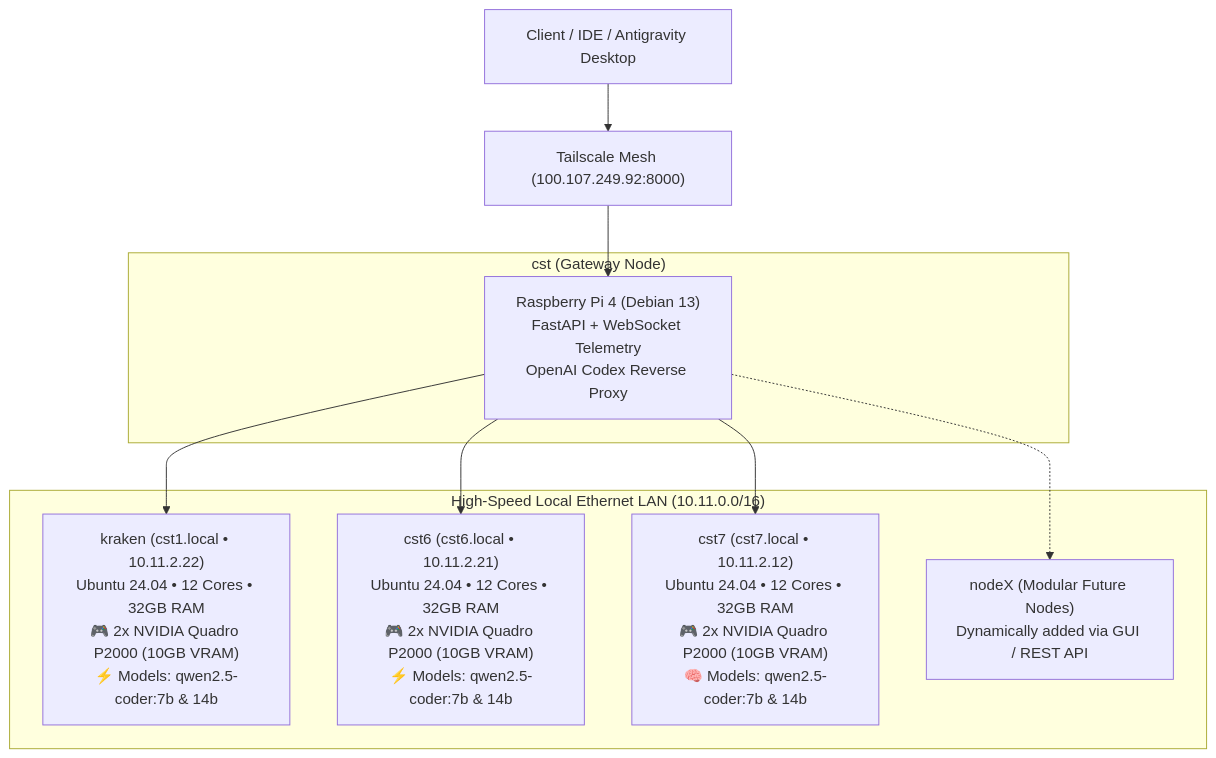
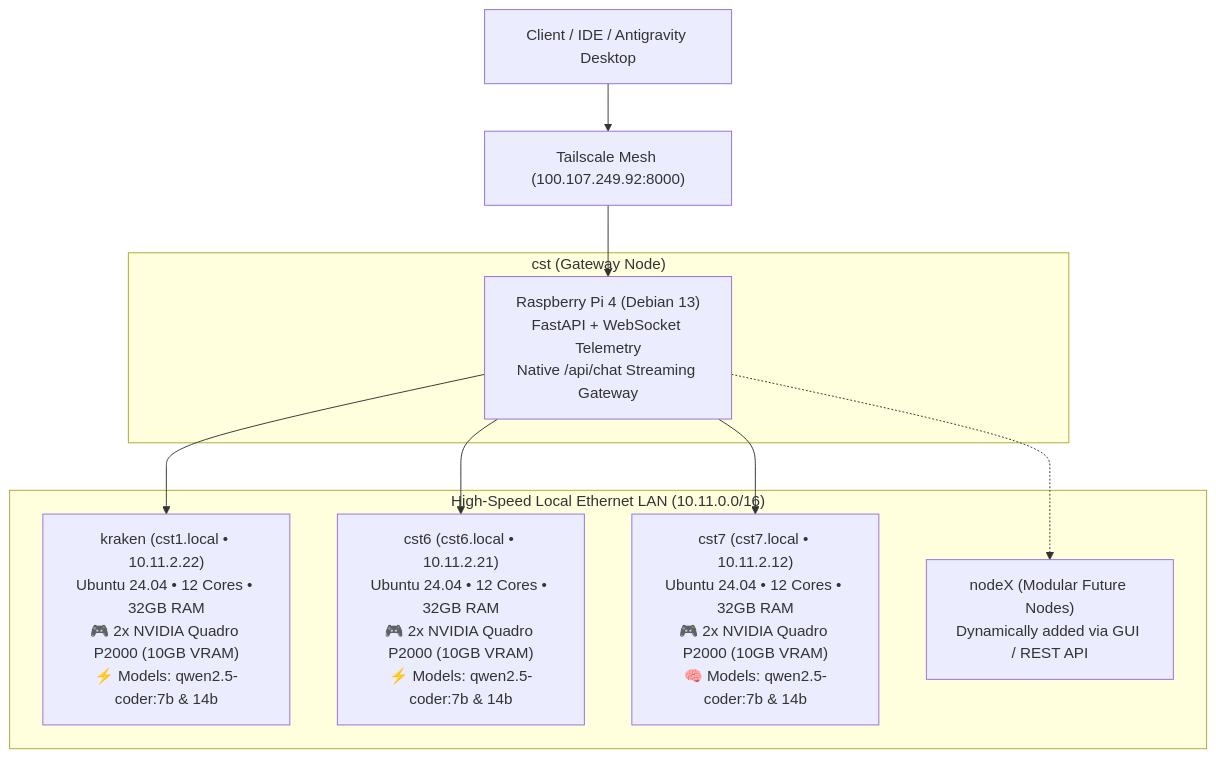
One commit to EchoedDestiny428/courtesy changed the diagram in README.md. Above: the diagram before and after it, drawn with Mermaid. The commit also changed other lines of this file and 12 other files, not shown here.

Commit message:
Refactor: remove crypto mining, swarm orchestrator, and legacy proxy in favor of native /api/chat

````diff
--- a/README.md
+++ b/README.md
@@ -9,23 +9,23 @@
 ```mermaid
 graph TD
     Client["Client / IDE / Antigravity Desktop"]
     Tailscale["Tailscale Mesh (100.107.249.92:8000)"]
     
     subgraph Gateway ["cst (Gateway Node)"]
-        Pi["Raspberry Pi 4 (Debian 13)<br>FastAPI + WebSocket Telemetry<br>OpenAI Codex Reverse Proxy"]
+        Pi["Raspberry Pi 4 (Debian 13)<br>FastAPI + WebSocket Telemetry<br>Native /api/chat Streaming Gateway"]
     end
 
     subgraph Cluster ["High-Speed Local Ethernet LAN (10.11.0.0/16)"]
         Kraken["kraken (cst1.local • 10.11.2.22)<br>Ubuntu 24.04 • 12 Cores • 32GB RAM<br>🎮 2x NVIDIA Quadro P2000 (10GB VRAM)<br>⚡ Models: qwen2.5-coder:7b & 14b"]
         CST6["cst6 (cst6.local • 10.11.2.21)<br>Ubuntu 24.04 • 12 Cores • 32GB RAM<br>🎮 2x NVIDIA Quadro P2000 (10GB VRAM)<br>⚡ Models: qwen2.5-coder:7b & 14b"]
         CST7["cst7 (cst7.local • 10.11.2.12)<br>Ubuntu 24.04 • 12 Cores • 32GB RAM<br>🎮 2x NVIDIA Quadro P2000 (10GB VRAM)<br>🧠 Models: qwen2.5-coder:7b & 14b"]
         NewNode["nodeX (Modular Future Nodes)<br>Dynamically added via GUI / REST API"]
     end
 
     Client --> Tailscale
     Tailscale --> Pi
     Pi --> Kraken
     Pi --> CST6
     Pi --> CST7
     Pi -.-> NewNode
 ```
````
